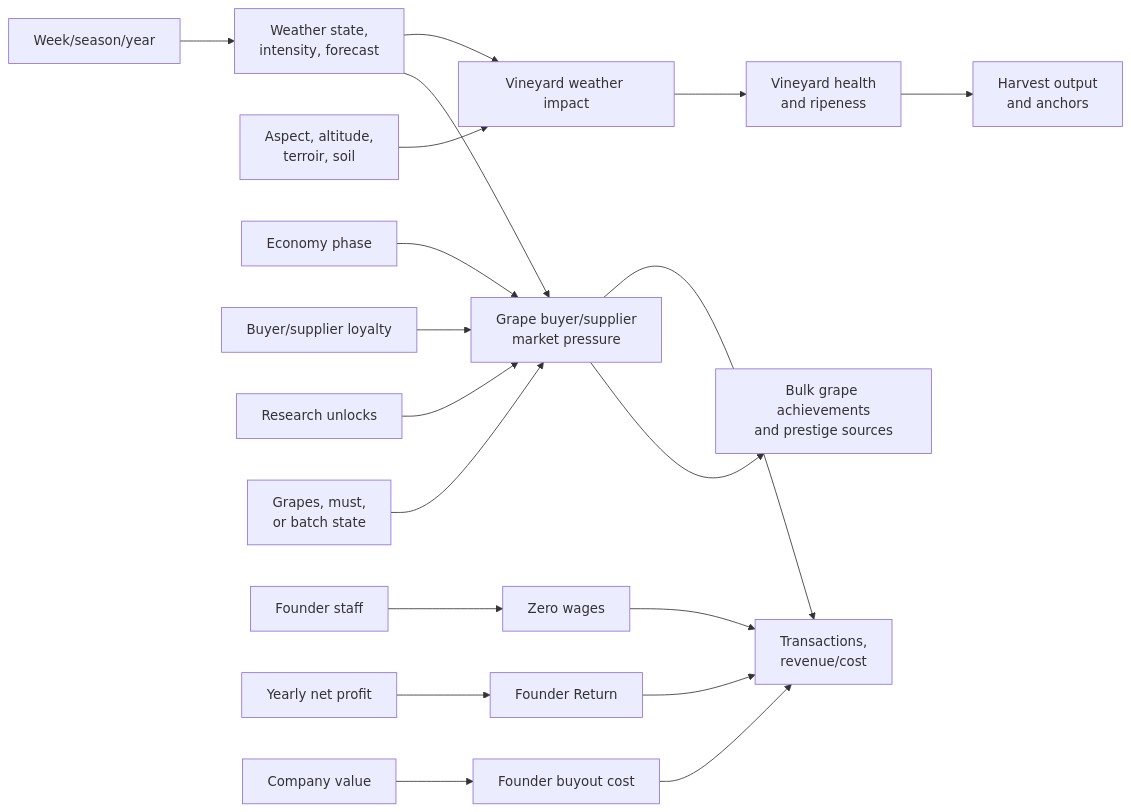
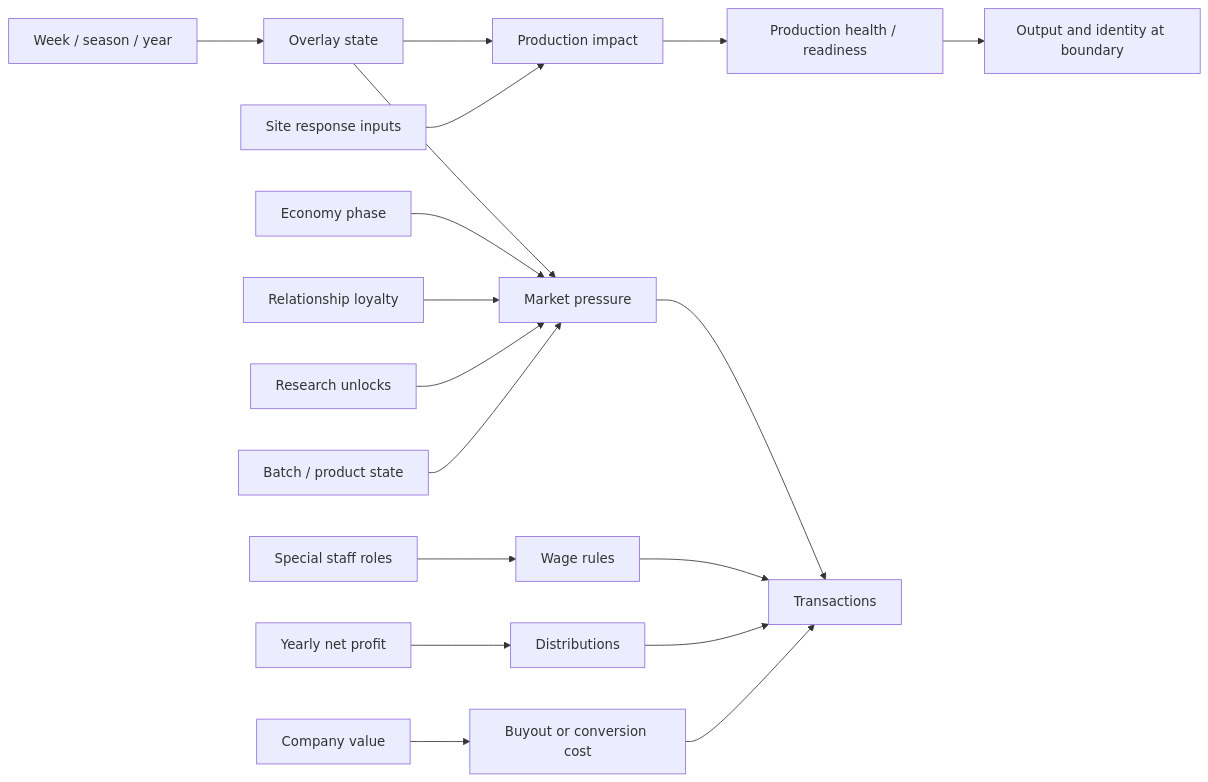
The ninth of 10 diagrams in docs/VariableRelationshipMap.md (gram12321/protoproduction), drawn with Mermaid before and after one commit. The commit also changed other lines of this file and 15 other files, not shown here.

````diff
--- a/docs/VariableRelationshipMap.md
+++ b/docs/VariableRelationshipMap.md
@@ -227,23 +221,22 @@
 ```mermaid
 flowchart LR
-  TIME["Week/season/year"] --> WTH["Weather state,\nintensity, forecast"]
-  WTH --> VIMP["Vineyard weather impact"]
-  SITE["Aspect, altitude,\nterroir, soil"] --> VIMP
-  VIMP --> VINE["Vineyard health\nand ripeness"]
-  VINE --> HARVEST["Harvest output\nand anchors"]
+  TIME["Week / season / year"] --> OVL["Overlay state\n<weather, economy>"]
+  OVL --> PIMP["Production impact"]
+  SITE["Site response inputs"] --> PIMP
+  PIMP --> PROD["Production health / readiness"]
+  PROD --> EXTRACT["Output and identity at boundary"]
 
-  WTH --> GM["Grape buyer/supplier\nmarket pressure"]
-  ECO["Economy phase"] --> GM
-  REL["Buyer/supplier loyalty"] --> GM
-  RES["Research unlocks"] --> GM
-  GRAPE["Grapes, must,\nor batch state"] --> GM
-  GM --> CASH["Transactions,\nrevenue/cost"]
-  GM --> PRESTIGE["Bulk grape achievements\nand prestige sources"]
+  OVL --> MKT["Market pressure"]
+  ECO["Economy phase"] --> MKT
+  REL["Relationship loyalty"] --> MKT
+  RES["Research unlocks"] --> MKT
+  STATE["Batch / product state"] --> MKT
+  MKT --> CASH["Transactions"]
 
-  STAFF["Founder staff"] --> FW["Zero wages"]
-  PROFIT["Yearly net profit"] --> FR["Founder Return"]
-  COMPANY["Company value"] --> FB["Founder buyout cost"]
-  FW --> CASH
-  FR --> CASH
-  FB --> CASH
+  STAFF["Special staff roles"] --> WAGE["Wage rules"]
+  PROFIT["Yearly net profit"] --> DIST["Distributions"]
+  COMPANY["Company value"] --> BUY["Buyout or conversion cost"]
+  WAGE --> CASH
+  DIST --> CASH
+  BUY --> CASH
 ```
````
